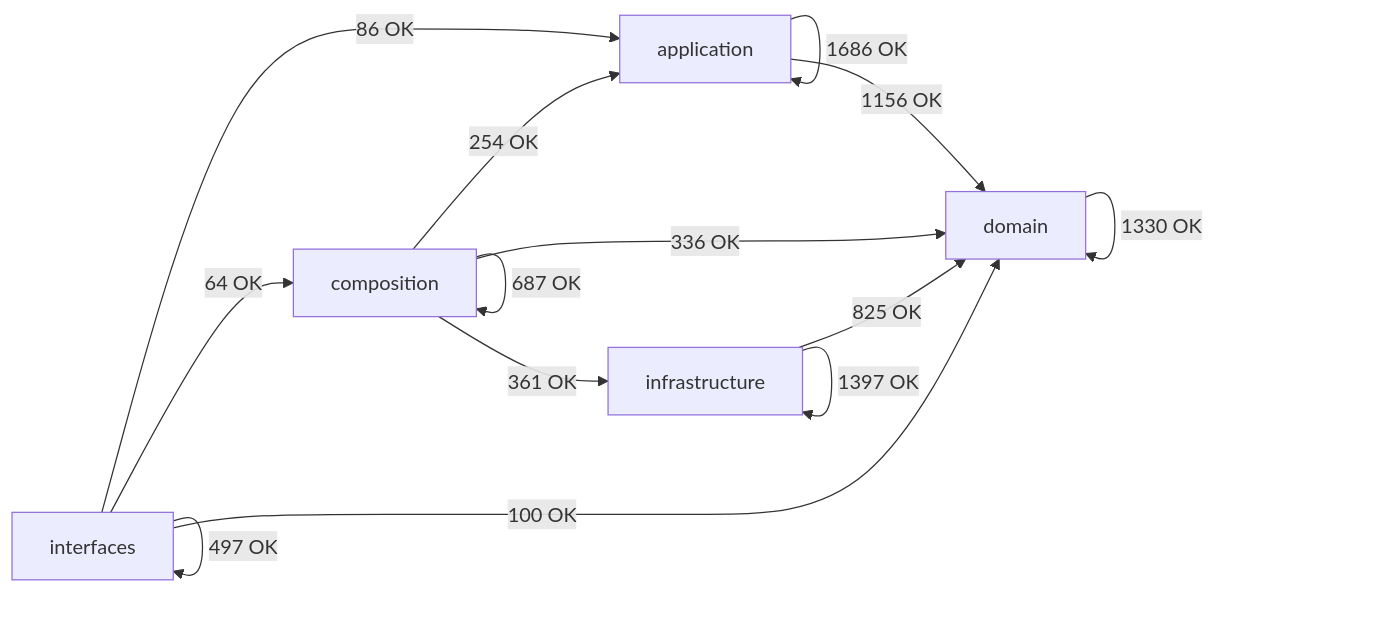
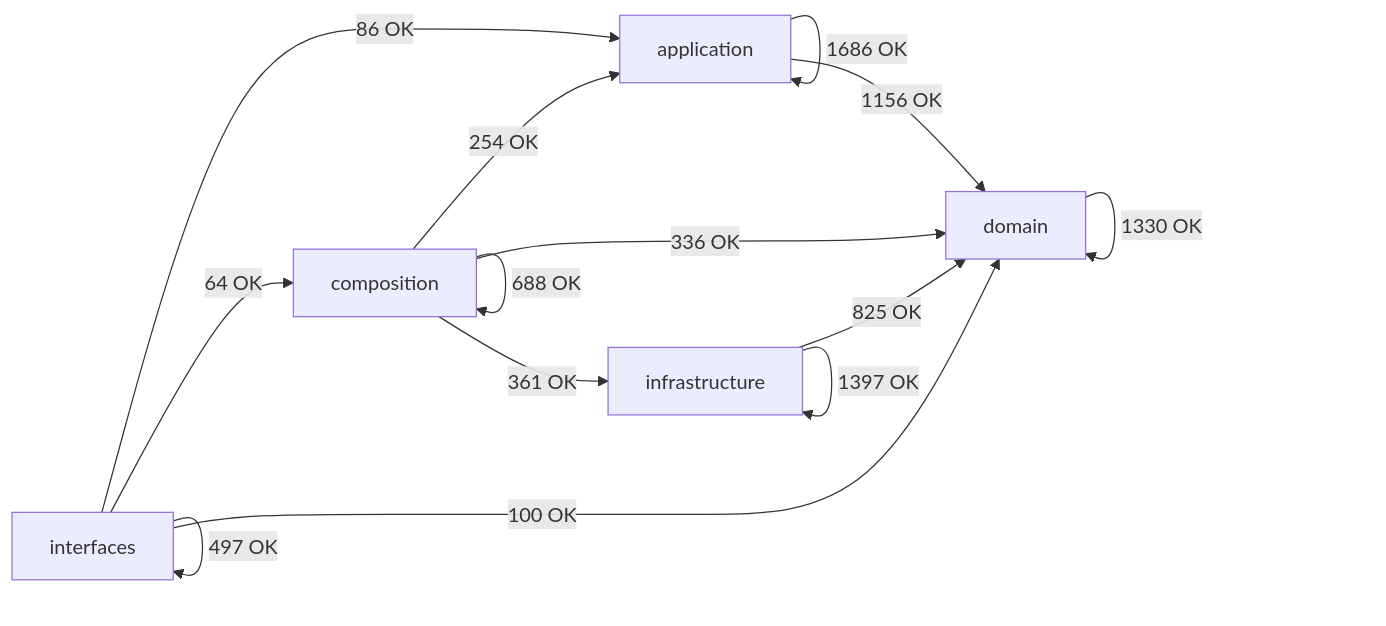
Before and after one commit to SatoryKono/BioactivityDataAcquisition: the diagram in docs/02-architecture/generated/module-dependency-map.md, drawn with Mermaid. The commit also changed other lines of this file and 20 other files, not shown here.

````diff
--- a/docs/02-architecture/generated/module-dependency-map.md
+++ b/docs/02-architecture/generated/module-dependency-map.md
@@ -17,21 +17,21 @@
 ```mermaid
 flowchart LR
     domain[domain]
     application[application]
     infrastructure[infrastructure]
     composition[composition]
     interfaces[interfaces]
     application -->|1686 OK| application
     application -->|1156 OK| domain
     composition -->|254 OK| application
-    composition -->|687 OK| composition
+    composition -->|688 OK| composition
     composition -->|336 OK| domain
     composition -->|361 OK| infrastructure
     domain -->|1330 OK| domain
     infrastructure -->|825 OK| domain
     infrastructure -->|1397 OK| infrastructure
     interfaces -->|86 OK| application
     interfaces -->|64 OK| composition
     interfaces -->|100 OK| domain
     interfaces -->|497 OK| interfaces
 ```
````
